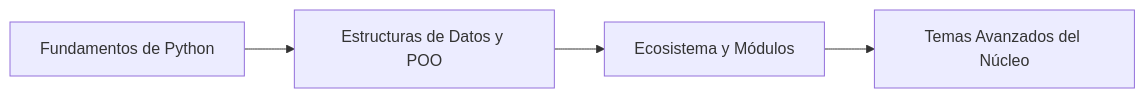
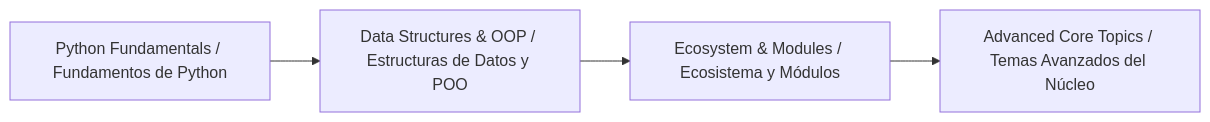
The diagram in 🐍 Python/README-ES.md (alanfabzlab/Developer-Knowledge-Base), drawn with Mermaid before and after one commit. The commit also changed other lines of this file and 9 other files, not shown here.

````diff
--- a/🐍 Python/README-ES.md
+++ b/🐍 Python/README-ES.md
@@ -72,6 +76,6 @@
 ```mermaid
 flowchart LR
-    A[Fundamentos de Python] --> B[Estructuras de Datos y POO]
-    B --> C[Ecosistema y Módulos]
-    C --> D[Temas Avanzados del Núcleo]
+    A[Python Fundamentals / Fundamentos de Python] --> B[Data Structures & OOP / Estructuras de Datos y POO]
+    B --> C[Ecosystem & Modules / Ecosistema y Módulos]
+    C --> D[Advanced Core Topics / Temas Avanzados del Núcleo]
 ```
````
